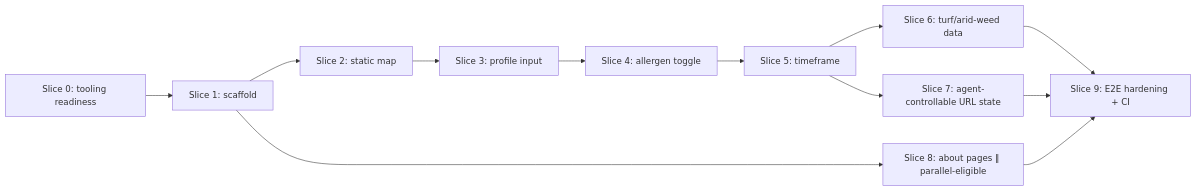
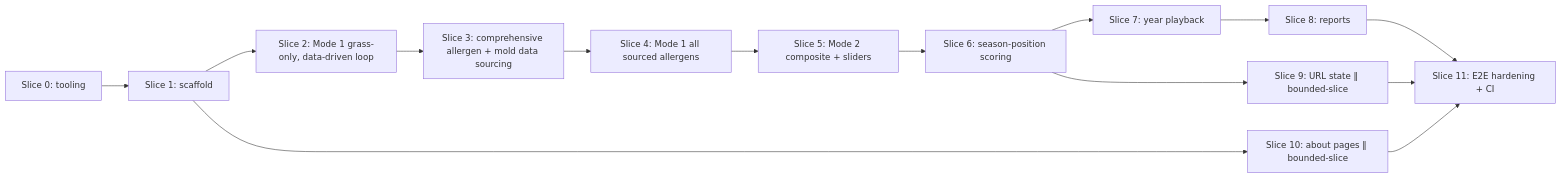
Before and after one commit to mdostal/allergy-locator: the diagram in .pHive/epics/allergy-map-mvp/docs/vertical-plan.md, drawn with Mermaid. The commit also changed other lines of this file and 24 other files, not shown here.

First line of the commit message:
Re-plan round 3: comprehensive, data-driven, two-mode allergen map + time dimension

````diff
--- a/.pHive/epics/allergy-map-mvp/docs/vertical-plan.md
+++ b/.pHive/epics/allergy-map-mvp/docs/vertical-plan.md
@@ -161,16 +115,18 @@
 ```mermaid
 graph LR
-  accTitle: Vertical slice sequencing
-  accDescr: Slices 0 through 9 execute in order, with Slice 8 flagged as parallel-eligible against Slices 2 through 7
-  s0[Slice 0: tooling readiness] --> s1[Slice 1: scaffold]
-  s1 --> s2[Slice 2: static map]
-  s2 --> s3[Slice 3: profile input]
-  s3 --> s4[Slice 4: allergen toggle]
-  s4 --> s5[Slice 5: timeframe]
-  s5 --> s6[Slice 6: turf/arid-weed data]
-  s5 --> s7[Slice 7: agent-controllable URL state]
-  s1 --> s8["Slice 8: about pages ‖ parallel-eligible"]
-  s6 --> s9[Slice 9: E2E hardening + CI]
-  s7 --> s9
-  s8 --> s9
+  accTitle: Vertical slice sequencing (round 3, comprehensive-allergen scope)
+  accDescr: Slices 0 through 11 execute in order, with Slice 9 parallel-eligible against 7-8 and Slice 10 parallel-eligible against the whole build
+  s0[Slice 0: tooling] --> s1[Slice 1: scaffold]
+  s1 --> s2[Slice 2: Mode 1 grass-only, data-driven loop]
+  s2 --> s3[Slice 3: comprehensive allergen + mold data sourcing]
+  s3 --> s4[Slice 4: Mode 1 all sourced allergens]
+  s4 --> s5[Slice 5: Mode 2 composite + sliders]
+  s5 --> s6[Slice 6: season-position scoring]
+  s6 --> s7[Slice 7: year playback]
+  s7 --> s8[Slice 8: reports]
+  s6 --> s9["Slice 9: URL state ‖ bounded-slice"]
+  s1 --> s10["Slice 10: about pages ‖ bounded-slice"]
+  s8 --> s11[Slice 11: E2E hardening + CI]
+  s9 --> s11
+  s10 --> s11
 ```
````
